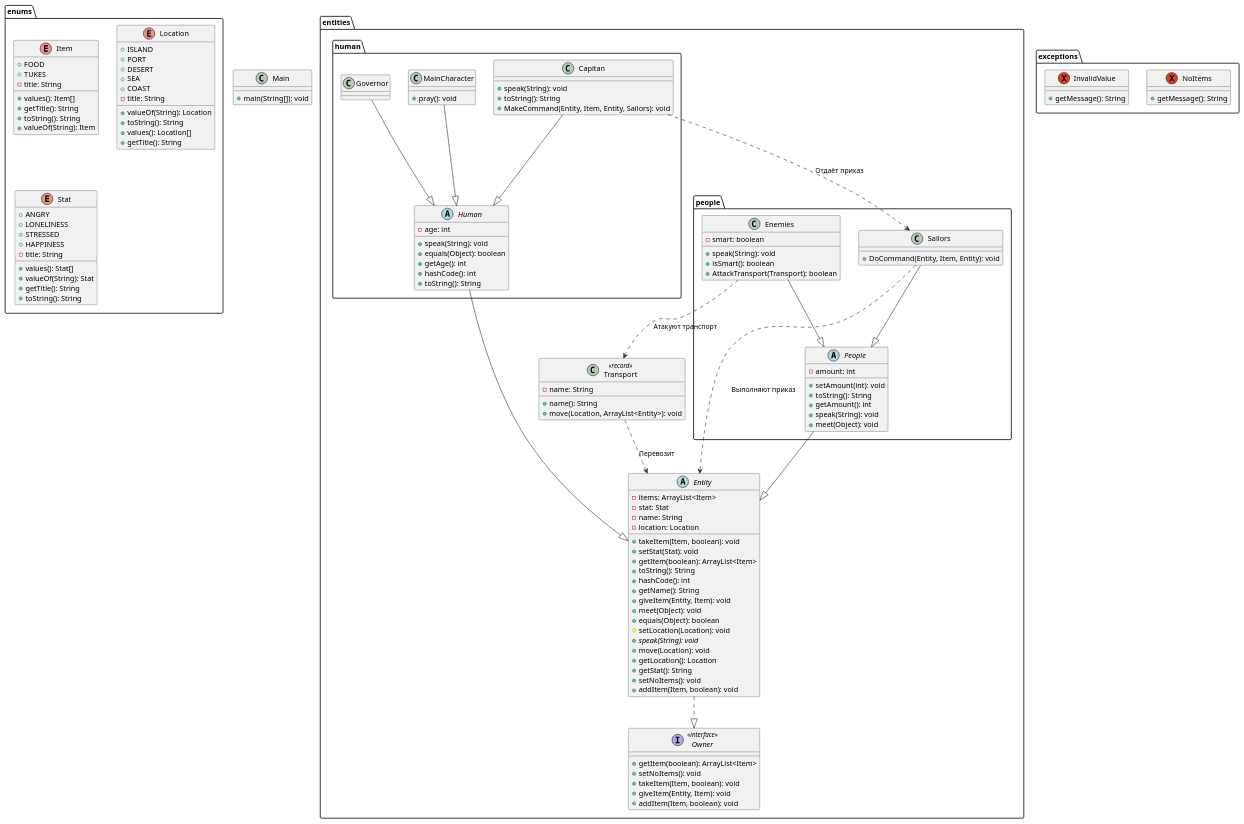
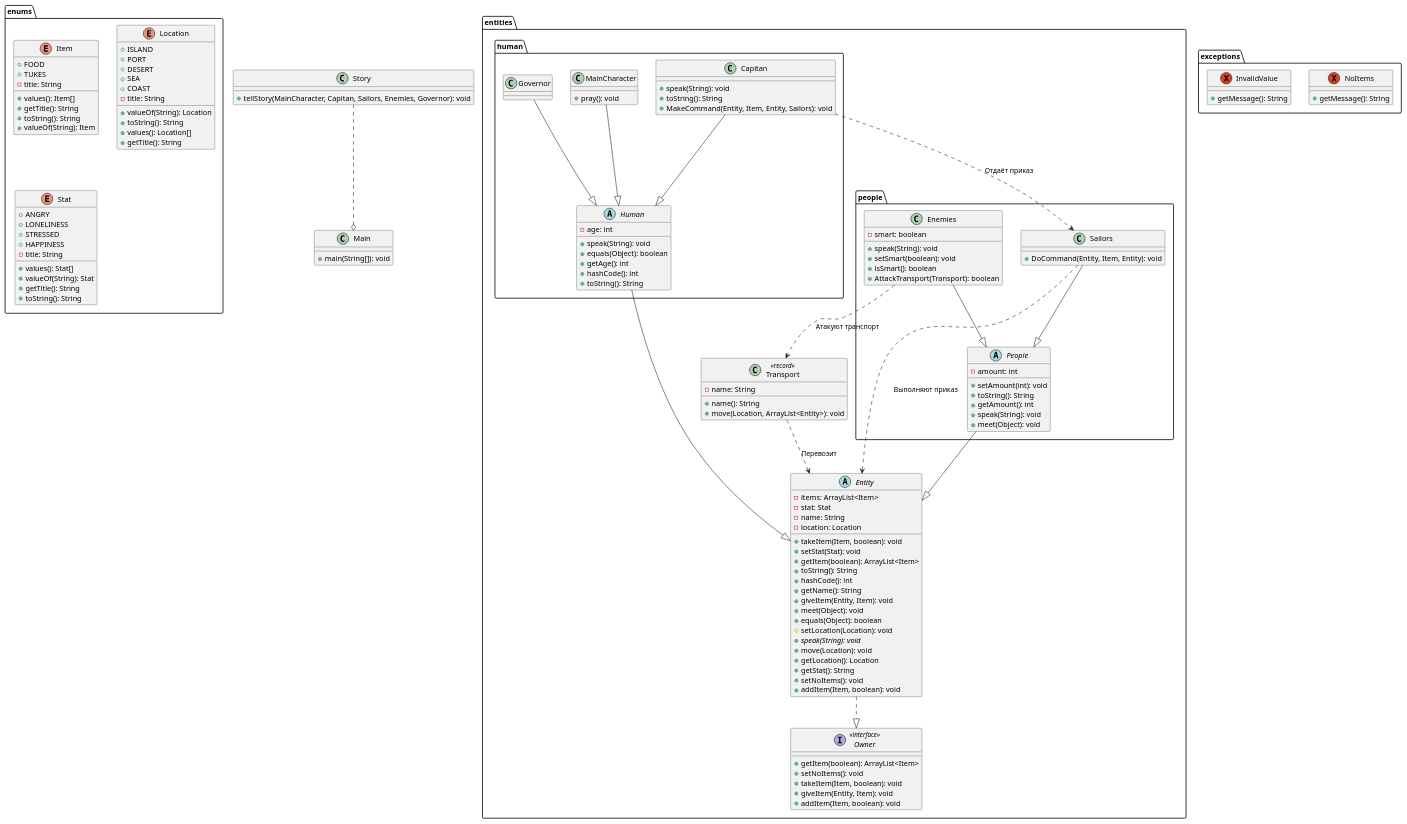
The diagram in semester1/programming/lab3/lab3.plantuml (Dkanil/ITMO), drawn with PlantUML before and after one commit. The commit also changed 3 other files, not shown here.

```diff
--- a/semester1/programming/lab3/lab3.plantuml
+++ b/semester1/programming/lab3/lab3.plantuml
@@ -1,137 +1,141 @@
 @startuml
 
 package entities{
     abstract class Entity {
       - items: ArrayList<Item>
       - stat: Stat
       - name: String
       - location: Location
       + takeItem(Item, boolean): void
       + setStat(Stat): void
       + getItem(boolean): ArrayList<Item>
       + toString(): String
       + hashCode(): int
       + getName(): String
       + giveItem(Entity, Item): void
       + meet(Object): void
       + equals(Object): boolean
       # setLocation(Location): void
       + {abstract} speak(String): void
       + move(Location): void
       + getLocation(): Location
       + getStat(): String
       + setNoItems(): void
       + addItem(Item, boolean): void
     }
     interface Owner << interface >> {
       + getItem(boolean): ArrayList<Item>
       + setNoItems(): void
       + takeItem(Item, boolean): void
       + giveItem(Entity, Item): void
       + addItem(Item, boolean): void
     }
     class Transport <<record>> {
       - name: String
       + name(): String
       + move(Location, ArrayList<Entity>): void
     }
     package human{
         abstract class Human {
           - age: int
           + speak(String): void
           + equals(Object): boolean
           + getAge(): int
           + hashCode(): int
           + toString(): String
         }
         class Capitan {
           + speak(String): void
           + toString(): String
           + MakeCommand(Entity, Item, Entity, Sailors): void
         }
         class MainCharacter {
           + pray(): void
         }
         class Governor
     }
     package people{
         abstract class People {
           - amount: int
           + setAmount(int): void
           + toString(): String
           + getAmount(): int
           + speak(String): void
           + meet(Object): void
         }
         class Enemies {
           - smart: boolean
           + speak(String): void
+          + setSmart(boolean): void
           + isSmart(): boolean
           + AttackTransport(Transport): boolean
         }
         class Sailors {
           + DoCommand(Entity, Item, Entity): void
         }
     }
 }
 package enums{
     enum Item{
       + FOOD
       + TUKES
       - title: String
       + values(): Item[]
       + getTitle(): String
       + toString(): String
       + valueOf(String): Item
     }
     enum Location {
       + ISLAND
       + PORT
       + DESERT
       + SEA
       + COAST
       - title: String
       + valueOf(String): Location
       + toString(): String
       + values(): Location[]
       + getTitle(): String
     }
     enum Stat {
       + ANGRY
       + LONELINESS
       + STRESSED
       + HAPPINESS
       - title: String
       + values(): Stat[]
       + valueOf(String): Stat
       + getTitle(): String
       + toString(): String
     }
 }
 package exceptions{
     exception NoItems {
       + getMessage(): String
     }
     exception InvalidValue {
       + getMessage(): String
     }
 }
 
 class Main {
   + main(String[]): void
 }
-
+class Story {
+  + tellStory(MainCharacter, Capitan, Sailors, Enemies, Governor): void
+}
 
 Entity         ..|>  Owner
 Human          --|>  Entity
 People         --|>  Entity
 Sailors        --|>  People
 Enemies        --|>  People
 Capitan        --|>  Human
 Governor       --|>  Human
 MainCharacter  --|>  Human
+Story          ..o   Main
 Capitan        ..>   Sailors: Отдаёт приказ
 Sailors        ..>   Entity: Выполняют приказ
 Enemies        ..>   Transport: Атакуют транспорт
 Transport      ..>   Entity: Перевозит
 @enduml
```
